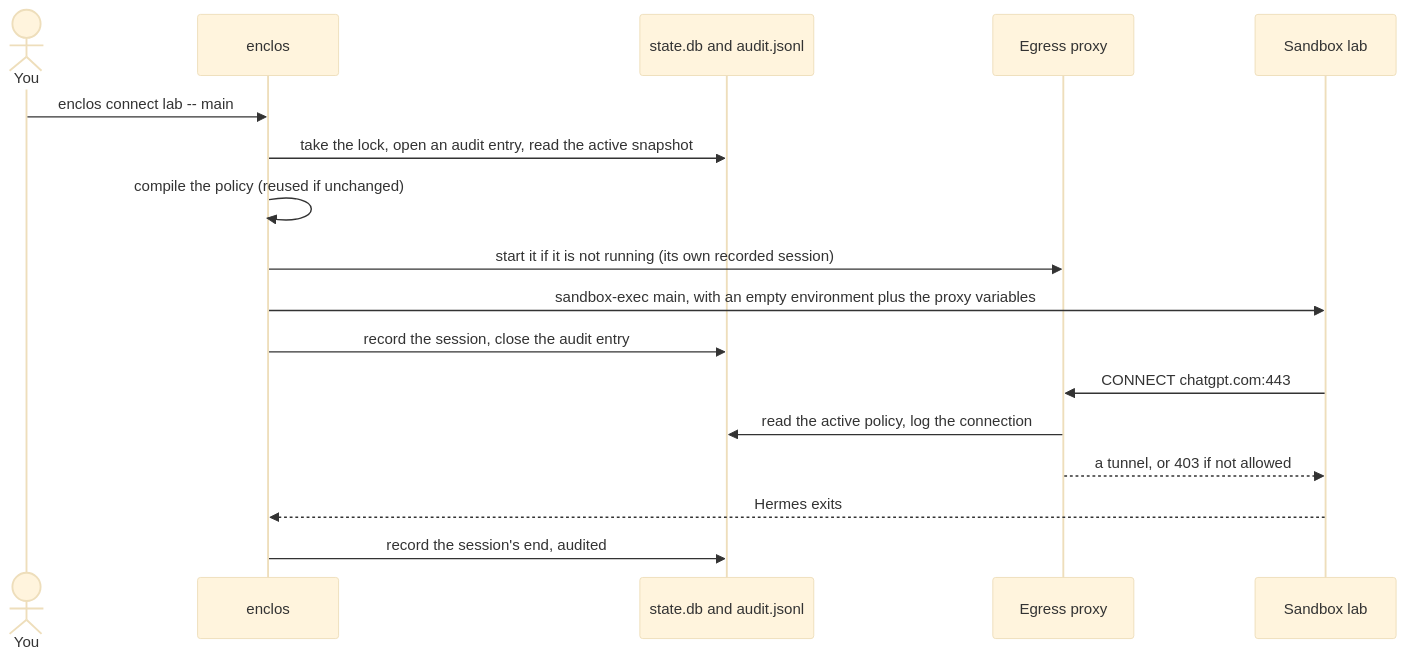
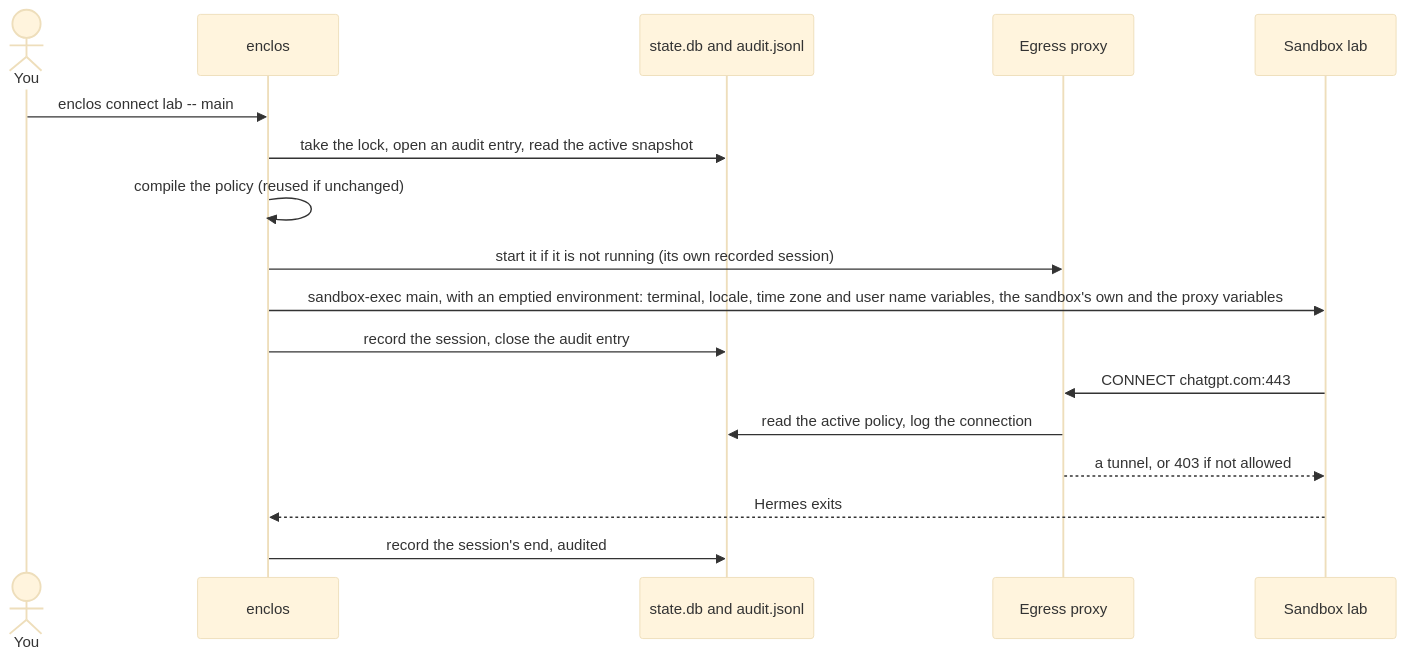
One commit to victorbonnet/enclos changed the third of 3 diagrams in docs/architecture.md. Above: the diagram before and after it, drawn with Mermaid (base theme). The commit also changed other lines of this file and 2 other files, not shown here.

First paragraph of the commit message:
docs: make the design say what milestone 1 implements (#44)
Part of #38 (finding #12).

````diff
--- a/docs/architecture.md
+++ b/docs/architecture.md
@@ -88,20 +88,20 @@
 ```mermaid
 sequenceDiagram
   actor You
   participant CLI as enclos
   participant Data as state.db and audit.jsonl
   participant Proxy as Egress proxy
   participant SB as Sandbox lab
 
   You->>CLI: enclos connect lab -- main
   CLI->>Data: take the lock, open an audit entry, read the active snapshot
   CLI->>CLI: compile the policy (reused if unchanged)
   CLI->>Proxy: start it if it is not running (its own recorded session)
-  CLI->>SB: sandbox-exec main, with an empty environment plus the proxy variables
+  CLI->>SB: sandbox-exec main, with an emptied environment: terminal, locale, time zone and user name variables, the sandbox's own and the proxy variables
   CLI->>Data: record the session, close the audit entry
   SB->>Proxy: CONNECT chatgpt.com:443
   Proxy->>Data: read the active policy, log the connection
   Proxy-->>SB: a tunnel, or 403 if not allowed
   SB-->>CLI: Hermes exits
   CLI->>Data: record the session's end, audited
 ```
````
